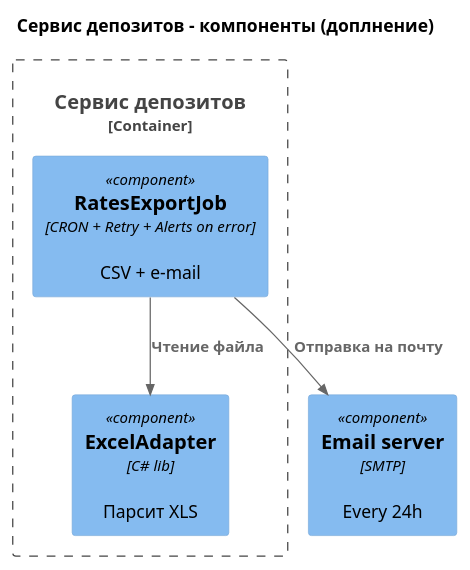
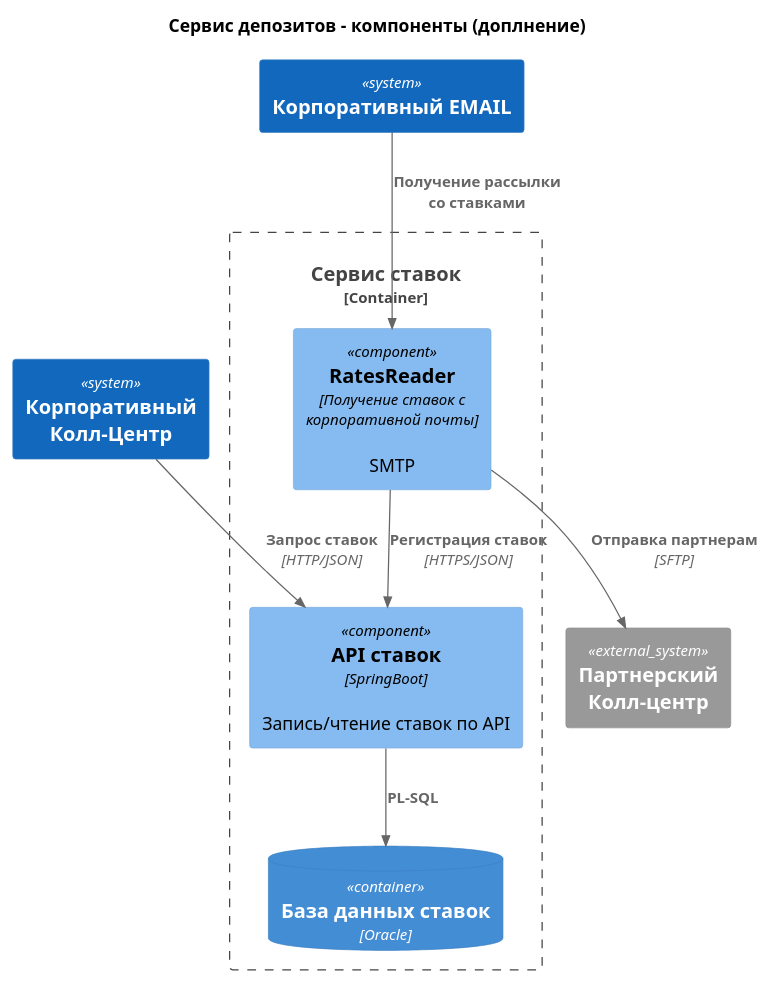
The diagram in Task4/C4_Container.puml (Rzr18/architecture-standart), drawn with PlantUML before and after one commit. The commit also changed 3 other files, not shown here.

Commit message:
Корректировка Task4 diagrams

```diff
--- a/Task4/C4_Container.puml
+++ b/Task4/C4_Container.puml
@@ -1,13 +1,25 @@
 @startuml
 !includeurl https://raw.githubusercontent.com/plantuml-stdlib/C4-PlantUML/master/C4_Component.puml
 title Сервис депозитов – компоненты (доплнение)
 
-Component(mail_sender,      "Email server", "SMTP", "Every 24h")
-Container_Boundary(api, "Сервис депозитов") {
-  Component(adapter,    "ExcelAdapter", "C# lib", "Парсит XLS")
-  Component(job,        "RatesExportJob", "CRON + Retry + Alerts on error", "CSV + e-mail")
+System_Ext(extCC,     "Партнерский Колл-центр")
+System(email,     "Корпоративный EMAIL")
+System(crm,     "Корпоративный Колл-Центр")
+
+
+Container_Boundary(rates_api, "Сервис ставок") {
+  Component(job,        "RatesReader", "Получение ставок с корпоративной почты", "SMTP")
+
+  Component(Rates_API,  "API ставок", "SpringBoot", "Запись/чтение ставок по API")
+  ContainerDb(Rates_Db, "База данных ставок", "Oracle")
+
 }
 
-Rel(job,   adapter,    "Чтение файла")
-Rel(job, mail_sender,  "Отправка на почту")
+Rel(email, job,    "Получение рассылки со ставками")
+Rel(job, extCC,  "Отправка партнерам", "SFTP")
+Rel(crm, Rates_API,  "Запрос ставок", "HTTP/JSON")
+
+Rel(job, Rates_API,    "Регистрация ставок", "HTTPS/JSON")
+
+Rel(Rates_API,   Rates_Db,    "PL-SQL")
 @enduml
```
